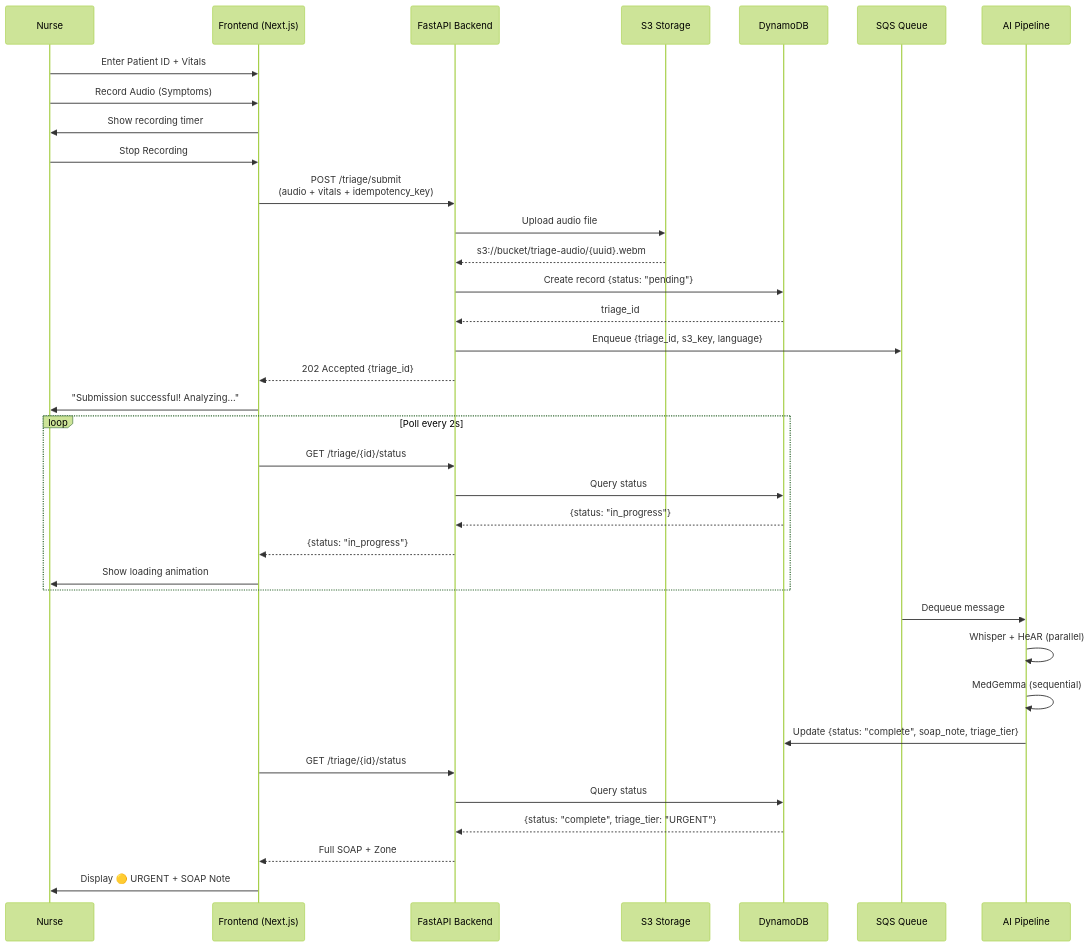
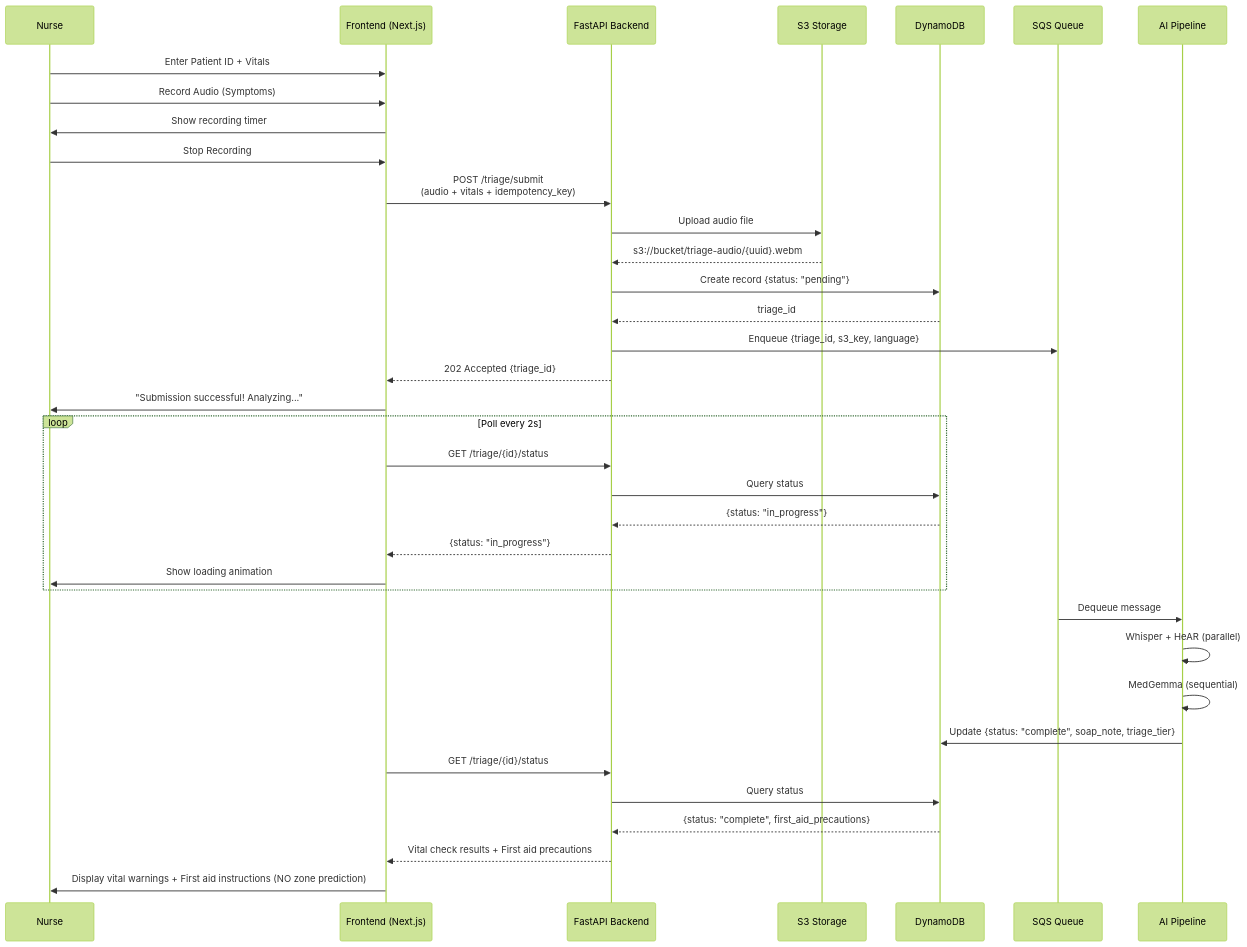
One commit to SowmyaLR/AIForBharath changed the second of 3 diagrams in README.md. Above: the diagram before and after it, drawn with Mermaid (forest theme). The commit also changed other lines of this file and 12 other files, not shown here.

````diff
--- a/README.md
+++ b/README.md
@@ -343,44 +343,44 @@
 ```mermaid
 sequenceDiagram
     participant N as Nurse
     participant UI as Frontend (Next.js)
     participant API as FastAPI Backend
     participant S3 as S3 Storage
     participant DDB as DynamoDB
     participant SQS as SQS Queue
     participant AI as AI Pipeline
 
     N->>UI: Enter Patient ID + Vitals
     N->>UI: Record Audio (Symptoms)
     UI->>N: Show recording timer
     N->>UI: Stop Recording
     UI->>API: POST /triage/submit<br/>(audio + vitals + idempotency_key)
     
     API->>S3: Upload audio file
     S3-->>API: s3://bucket/triage-audio/{uuid}.webm
     API->>DDB: Create record {status: "pending"}
     DDB-->>API: triage_id
     API->>SQS: Enqueue {triage_id, s3_key, language}
     API-->>UI: 202 Accepted {triage_id}
     
     UI->>N: "Submission successful! Analyzing..."
     
     loop Poll every 2s
         UI->>API: GET /triage/{id}/status
         API->>DDB: Query status
         DDB-->>API: {status: "in_progress"}
         API-->>UI: {status: "in_progress"}
         UI->>N: Show loading animation
     end
     
     SQS->>AI: Dequeue message
     AI->>AI: Whisper + HeAR (parallel)
     AI->>AI: MedGemma (sequential)
     AI->>DDB: Update {status: "complete", soap_note, triage_tier}
     
     UI->>API: GET /triage/{id}/status
     API->>DDB: Query status
-    DDB-->>API: {status: "complete", triage_tier: "URGENT"}
-    API-->>UI: Full SOAP + Zone
-    UI->>N: Display 🟡 URGENT + SOAP Note
+    DDB-->>API: {status: "complete", first_aid_precautions}
+    API-->>UI: Vital check results + First aid precautions
+    UI->>N: Display vital warnings + First aid instructions (NO zone prediction)
 ```
````
